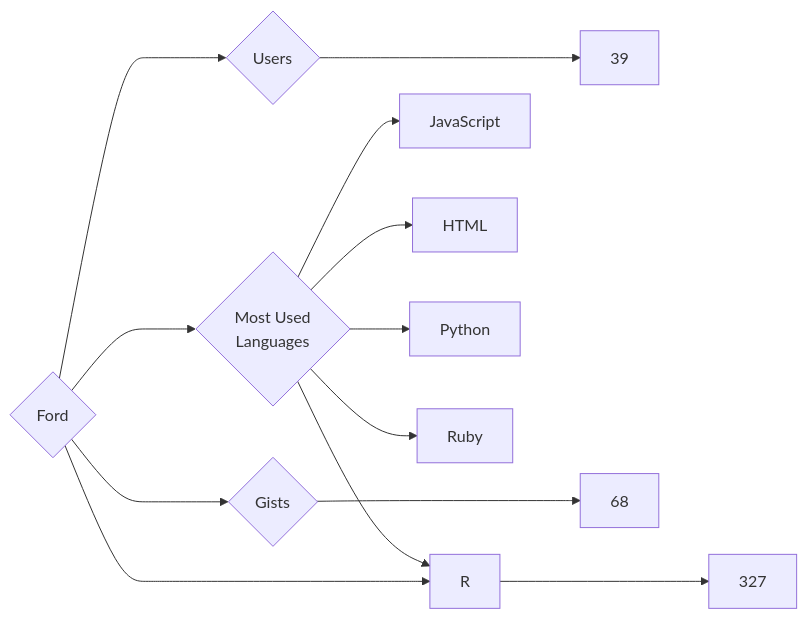
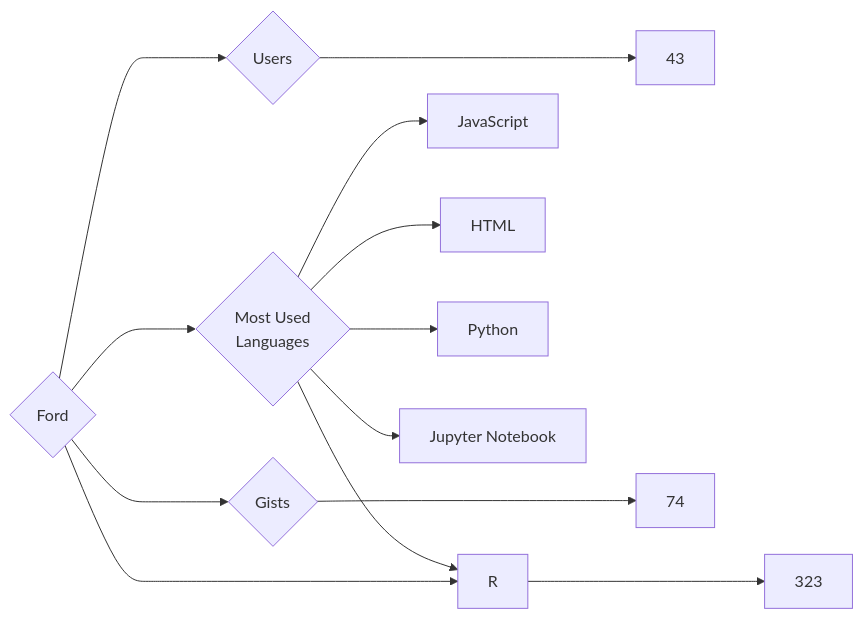
One commit to trickest/insiders changed the diagram in targets/Ford/README.md. Above: the diagram before and after it, drawn with Mermaid. The commit also changed 934 other files, not shown here.

````diff
--- a/targets/Ford/README.md
+++ b/targets/Ford/README.md
@@ -3,13 +3,13 @@
 ```mermaid
 graph LR
 COMPANY_NAME{Ford}
-COMPANY_NAME ---> U{Users} ---> UN[39]
-COMPANY_NAME ---> R{Repositories} ---> RN[327]
-COMPANY_NAME ---> G{Gists} ---> GN[68]
+COMPANY_NAME ---> U{Users} ---> UN[43]
+COMPANY_NAME ---> R{Repositories} ---> RN[323]
+COMPANY_NAME ---> G{Gists} ---> GN[74]
 COMPANY_NAME ---> ML{Most Used<br>Languages}
 ML --> JavaScript[JavaScript]
 ML --> HTML[HTML]
 ML --> Python[Python]
-ML --> Ruby[Ruby]
 ML --> R[R]
+ML --> Jupyter_Notebook[Jupyter Notebook]
 ```
````
